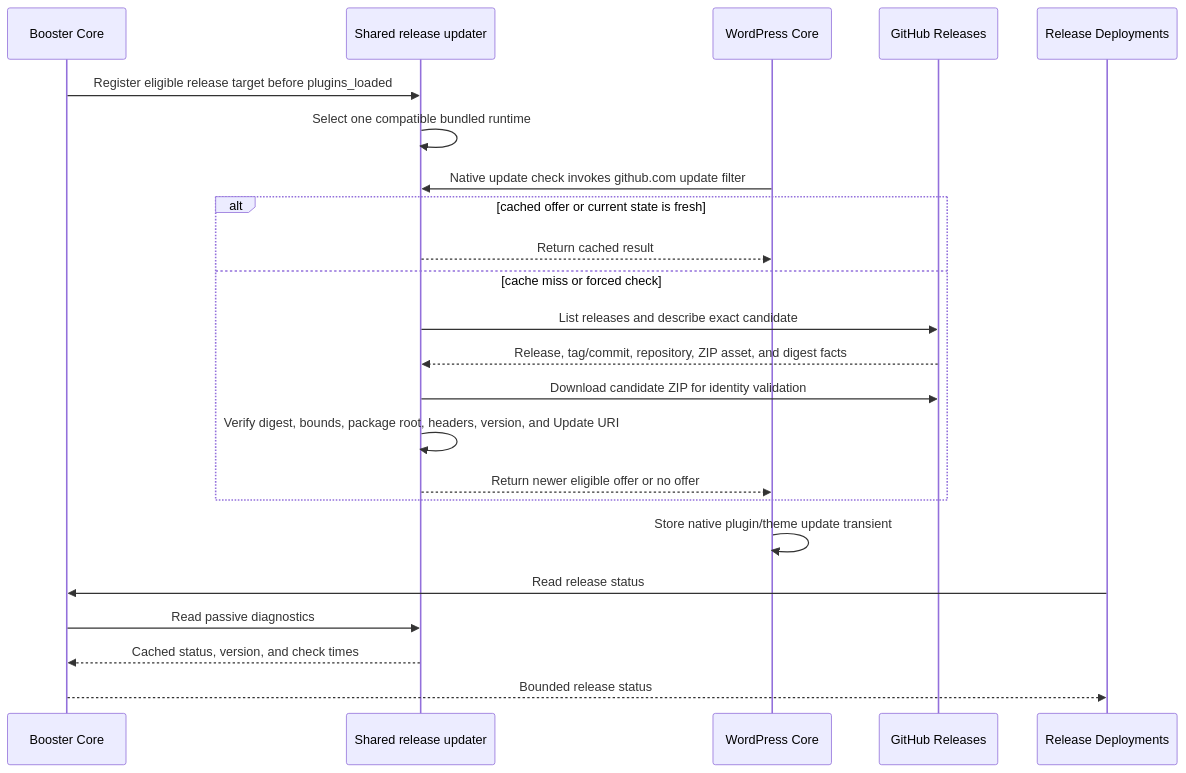
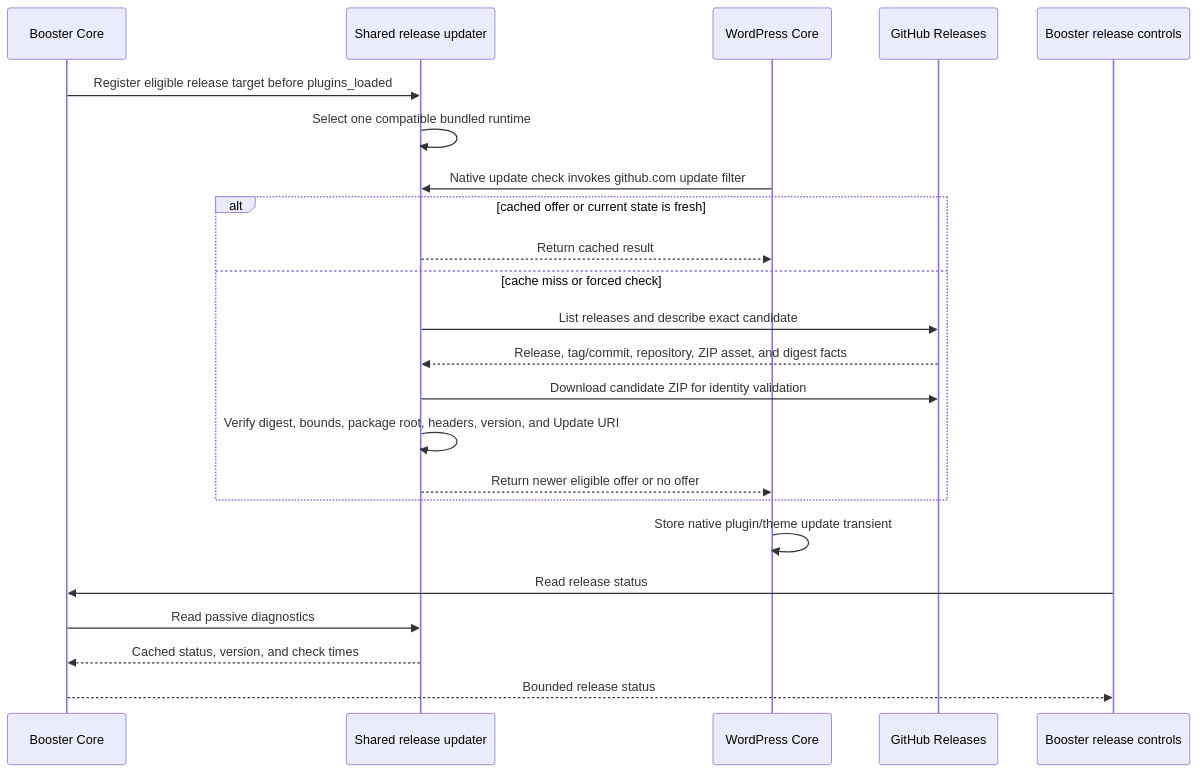
The first of 3 diagrams in docs/package-update-orchestration.md (RocketsAreNostalgic/ran-booster), drawn with Mermaid before and after one commit. The commit also changed other lines of this file and 19 other files, not shown here.

````diff
--- a/docs/package-update-orchestration.md
+++ b/docs/package-update-orchestration.md
@@ -212,26 +213,26 @@
 ```mermaid
 sequenceDiagram
     participant B as Booster Core
     participant U as Shared release updater
     participant W as WordPress Core
     participant G as GitHub Releases
-    participant A as Release Deployments
+    participant A as Booster release controls
 
     B->>U: Register eligible release target before plugins_loaded
     U->>U: Select one compatible bundled runtime
     W->>U: Native update check invokes github.com update filter
     alt cached offer or current state is fresh
         U-->>W: Return cached result
     else cache miss or forced check
         U->>G: List releases and describe exact candidate
         G-->>U: Release, tag/commit, repository, ZIP asset, and digest facts
         U->>G: Download candidate ZIP for identity validation
         U->>U: Verify digest, bounds, package root, headers, version, and Update URI
         U-->>W: Return newer eligible offer or no offer
     end
     W->>W: Store native plugin/theme update transient
     A->>B: Read release status
     B->>U: Read passive diagnostics
     U-->>B: Cached status, version, and check times
     B-->>A: Bounded release status
 ```
````
